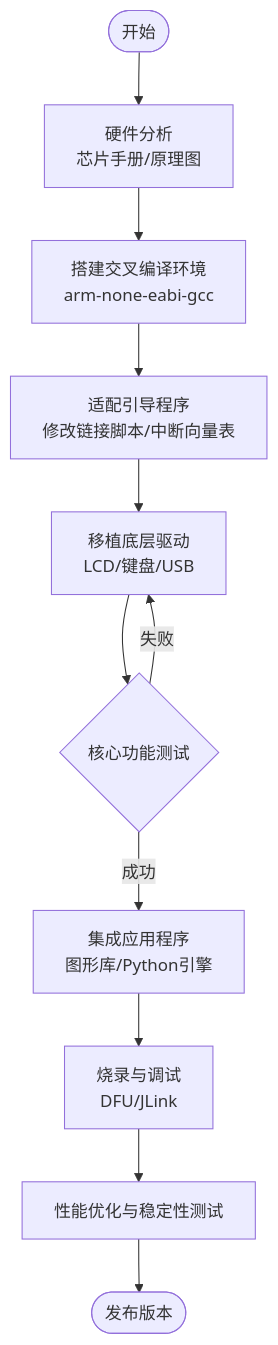
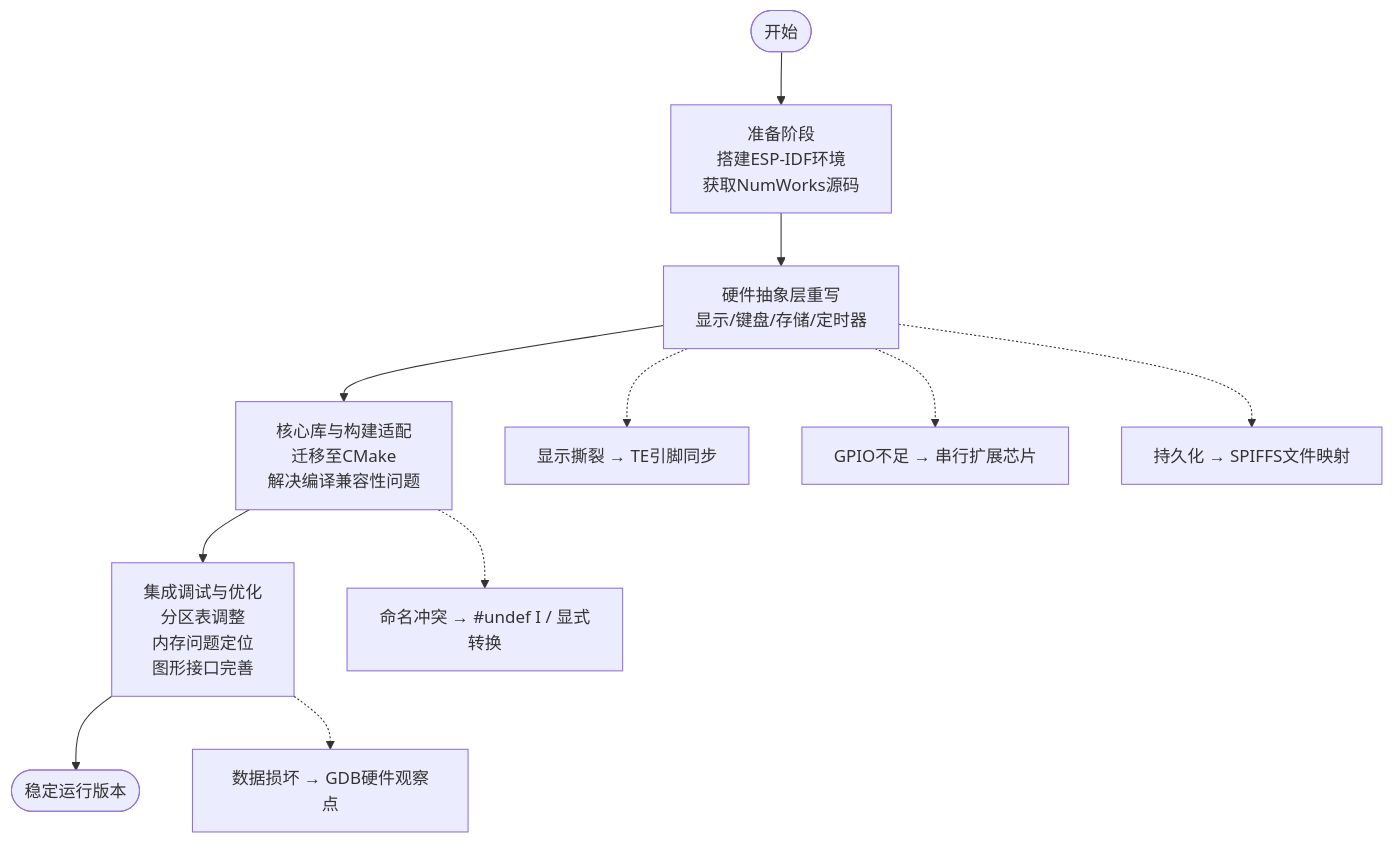
Before and after one commit to jojo240607/esp-numworks: the second of 2 diagrams in README.md, drawn with Mermaid. The commit also changed other lines of this file, not shown here.

````diff
--- a/README.md
+++ b/README.md
@@ -55,13 +91,14 @@
-```mermaid
-flowchart TD
-    Start([开始]) --> Step1[硬件分析<br>芯片手册/原理图]
-    Step1 --> Step2[搭建交叉编译环境<br>arm-none-eabi-gcc]
-    Step2 --> Step3[适配引导程序<br>修改链接脚本/中断向量表]
-    Step3 --> Step4[移植底层驱动<br>LCD/键盘/USB]
-    Step4 --> Step5{核心功能测试}
-    Step5 -- 失败 --> Step4
-    Step5 -- 成功 --> Step6[集成应用程序<br>图形库/Python引擎]
-    Step6 --> Step7[烧录与调试<br>DFU/JLink]
-    Step7 --> Step8[性能优化与稳定性测试]
-    Step8 --> End([发布版本])
-```
+  ```mermaid
+  flowchart TD
+      Start([开始]) --> Step1[准备阶段<br>搭建ESP-IDF环境<br>获取NumWorks源码]
+      Step1 --> Step2[硬件抽象层重写<br>显示/键盘/存储/定时器]
+      Step2 --> Step3[核心库与构建适配<br>迁移至CMake<br>解决编译兼容性问题]
+      Step3 --> Step4[集成调试与优化<br>分区表调整<br>内存问题定位<br>图形接口完善]
+      Step4 --> End([稳定运行版本])
+      
+      Step2 -.-> Challenge1[显示撕裂 → TE引脚同步]
+      Step2 -.-> Challenge2[GPIO不足 → 串行扩展芯片]
+      Step2 -.-> Challenge3[持久化 → SPIFFS文件映射]
+      Step3 -.-> Challenge4[命名冲突 → #undef I / 显式转换]
+      Step4 -.-> Challenge5[数据损坏 → GDB硬件观察点]
+  ```
````
